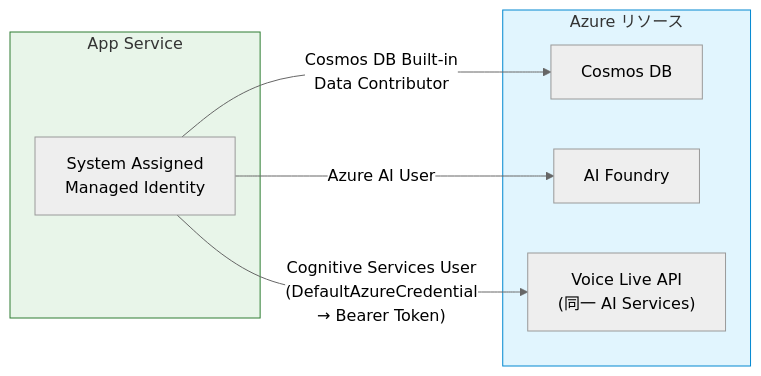
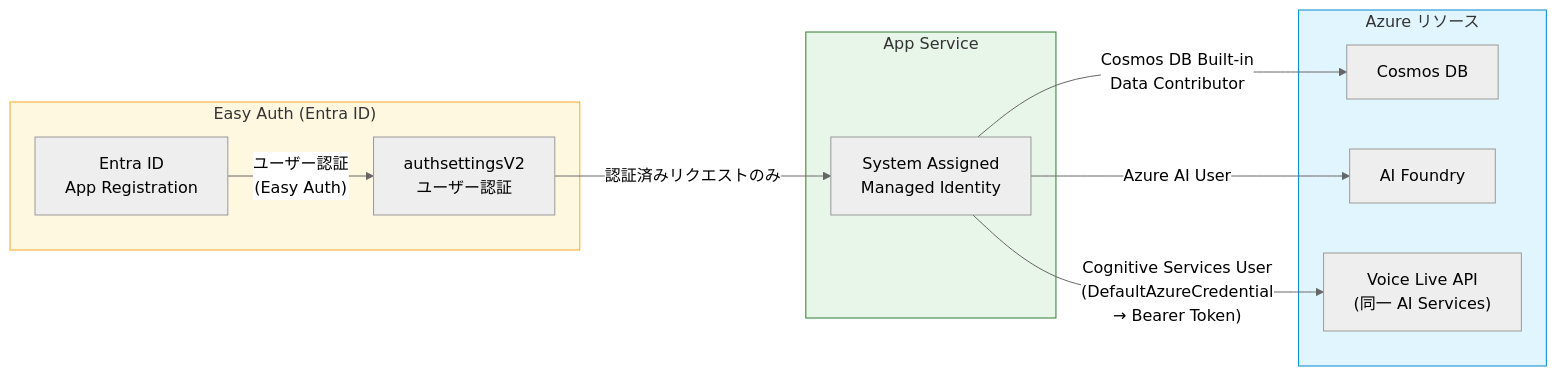
Diagram 21 of 24 in spec/architecture.md (hatasaki/Interview-Assistant-AI), drawn with Mermaid (neutral theme) before and after one commit. The commit also changed other lines of this file and 10 other files, not shown here.

Commit message:
Implement Easy Auth with Microsoft Entra ID for user authentication and update related documentation

````diff
--- a/spec/architecture.md
+++ b/spec/architecture.md
@@ -912,19 +912,27 @@
 ```mermaid
 flowchart LR
+    subgraph EasyAuth["Easy Auth (Entra ID)"]
+        ENTRA["Entra ID<br/>App Registration"]
+        AUTH["authsettingsV2<br/>ユーザー認証"]
+    end
+
     subgraph AppService["App Service"]
         MI["System Assigned<br/>Managed Identity"]
     end
 
     subgraph Resources["Azure リソース"]
         COSMOS["Cosmos DB"]
         FOUNDRY["AI Foundry"]
         VL["Voice Live API<br/>(同一 AI Services)"]
     end
 
+    ENTRA -->|"ユーザー認証<br/>(Easy Auth)"| AUTH
+    AUTH -->|"認証済みリクエストのみ"| MI
     MI -->|"Cosmos DB Built-in<br/>Data Contributor"| COSMOS
     MI -->|"Azure AI User"| FOUNDRY
     MI -->|"Cognitive Services User<br/>(DefaultAzureCredential<br/>→ Bearer Token)"| VL
 
+    style EasyAuth fill:#fff8e1,stroke:#f9a825
     style AppService fill:#e8f5e9,stroke:#2e7d32
     style Resources fill:#e1f5fe,stroke:#0288d1
 ```
````
